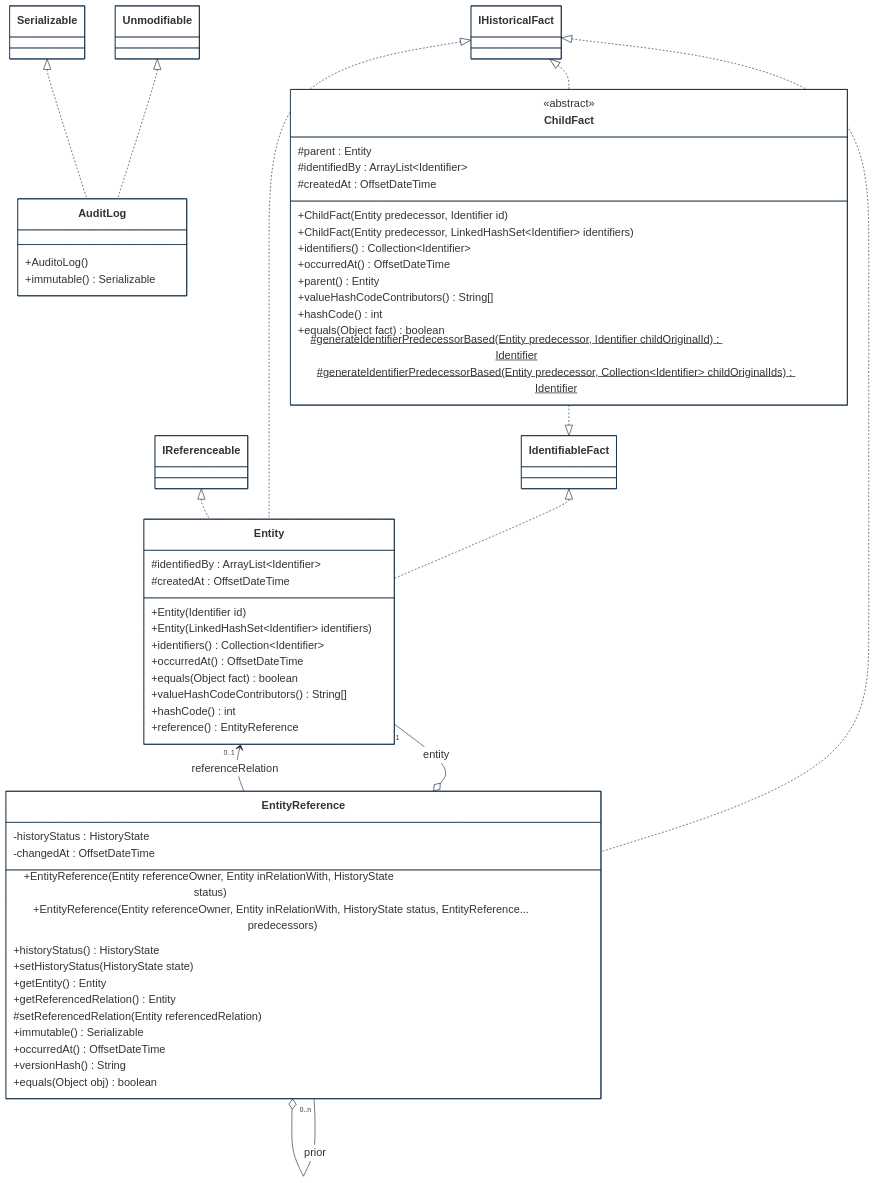
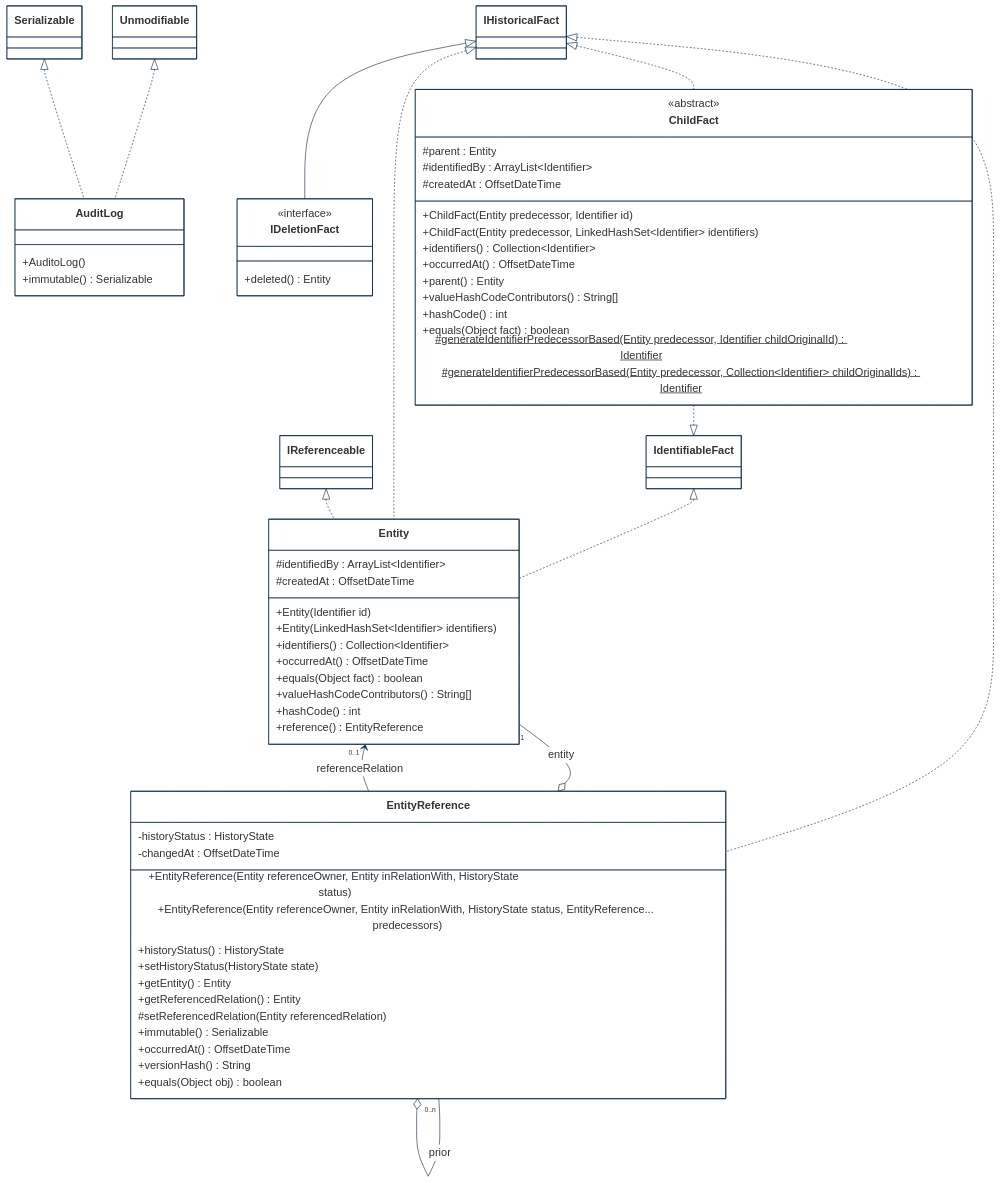
The first of 6 diagrams in implementations-line/framework/immutable/designview-packages.md (cybnity/foundation), drawn with Mermaid before and after one commit. The commit also changed other lines of this file, not shown here.

```diff
--- a/implementations-line/framework/immutable/designview-packages.md
+++ b/implementations-line/framework/immutable/designview-packages.md
@@ -64,7 +65,12 @@
     EntityReference "0..n" --o EntityReference : prior
     Entity "1" --o EntityReference : entity
     Entity "0..1" <-- EntityReference : referenceRelation
+    IHistoricalFact <|-- IDeletionFact
 
+    class IDeletionFact {
+        <<interface>>
+        +deleted() Entity
+    }
     class Entity {
         #identifiedBy : ArrayList~Identifier~
         #createdAt : OffsetDateTime
```
